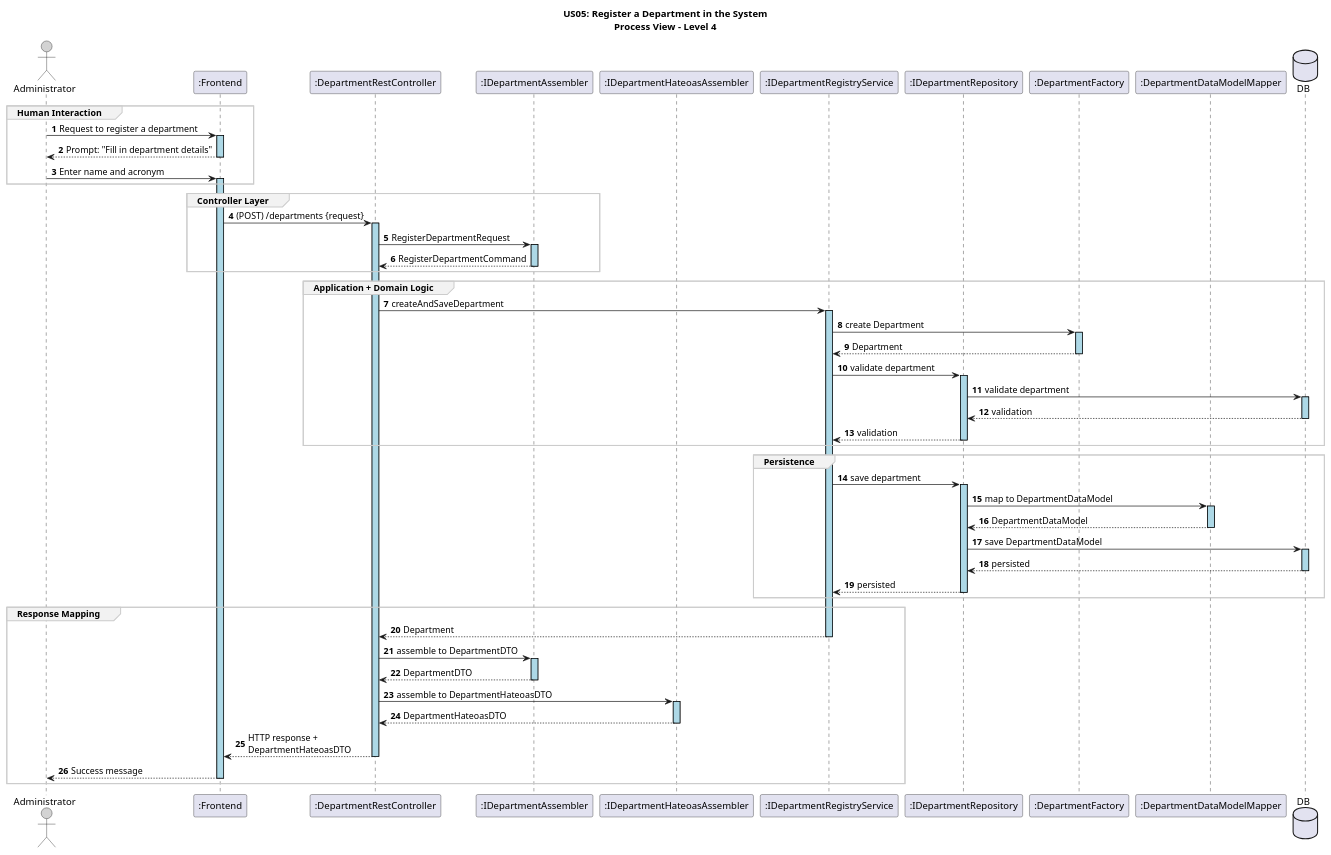
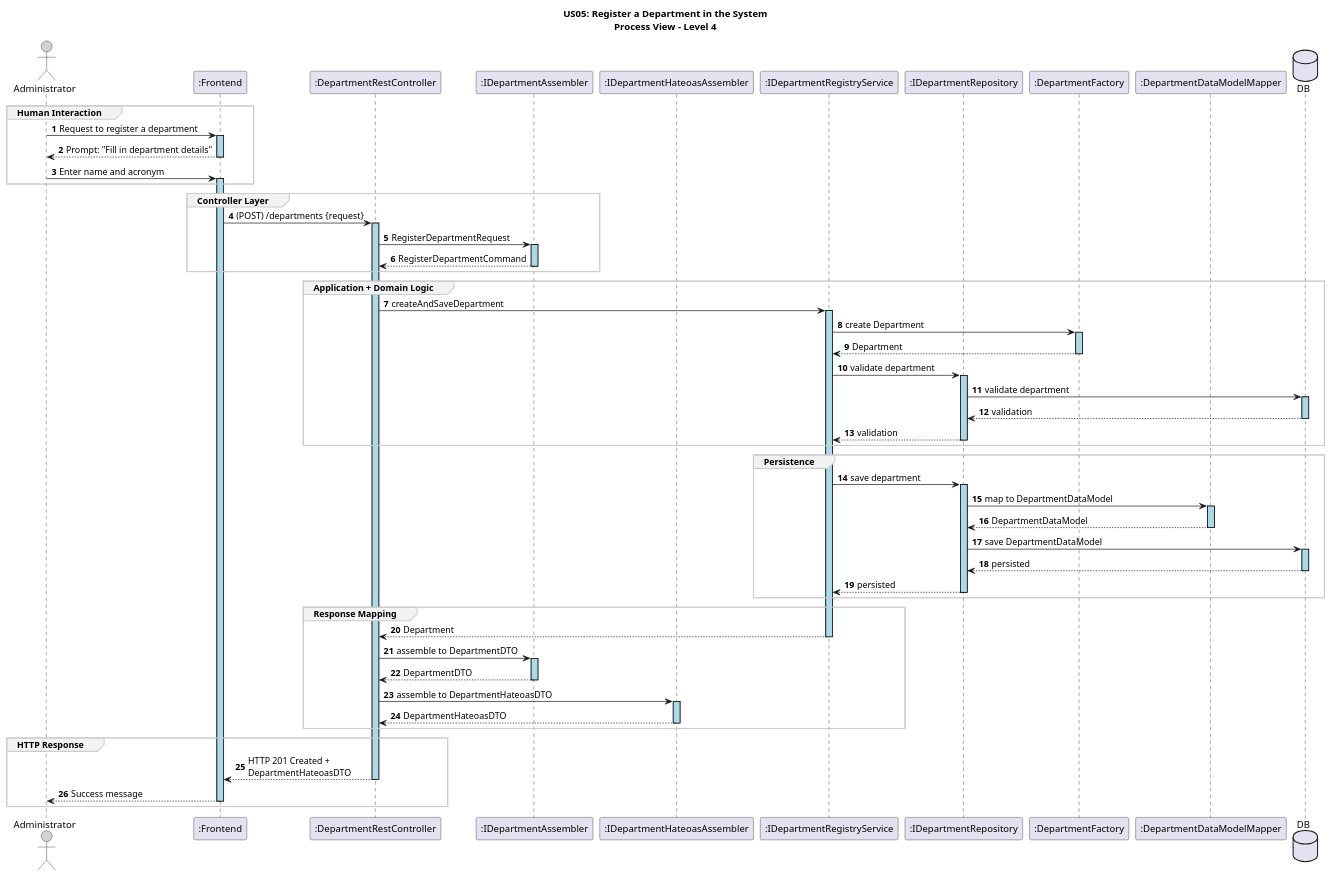
The diagram in docs/US05/sprint6_RestAPI/ProcessView/US05_RestAPI_ProcessView_Level4.puml (GasparISEP/DevOps-PAI), drawn with PlantUML before and after one commit. The commit also changed 2 other files, not shown here.

Commit message:
doc: refactor diagrams to reflect future implementation (refs #500, refs #575)

```diff
--- a/docs/US05/sprint6_RestAPI/ProcessView/US05_RestAPI_ProcessView_Level4.puml
+++ b/docs/US05/sprint6_RestAPI/ProcessView/US05_RestAPI_ProcessView_Level4.puml
@@ -1,68 +1,71 @@
 @startuml
 
 title US05: Register a Department in the System\nProcess View – Level 4
 
 autonumber
 skinparam sequence {
     LifelineBorderColor black
     LifelineBackgroundColor LightBlue
     ActorBorderColor black
     ActorBackgroundColor LightGray
     GroupBorderColor #cccccc
     GroupBackgroundColor #f2f2f2
 }
 
 actor "Administrator" as ADM
 participant ":Frontend" as UI
 participant ":DepartmentRestController" as Controller
 participant ":IDepartmentAssembler" as Assembler
 participant ":IDepartmentHateoasAssembler" as HAAssembler
 participant ":IDepartmentRegistryService" as Service
 participant ":IDepartmentRepository" as Repository
 participant ":DepartmentFactory" as Factory
 participant ":DepartmentDataModelMapper" as DataModelMapper
 database "DB" as SpringDataRepo
 
 group Human Interaction
 ADM -> UI ++: Request to register a department
 UI --> ADM --: Prompt: "Fill in department details"
 ADM -> UI ++: Enter name and acronym
 end group
 
 group Controller Layer
 UI -> Controller ++: (POST) /departments {request}
 Controller -> Assembler ++: RegisterDepartmentRequest
 Assembler --> Controller --: RegisterDepartmentCommand
 end group
 
 
 group Application + Domain Logic
 Controller -> Service ++: createAndSaveDepartment
 Service -> Factory ++: create Department
 Factory --> Service --: Department
 Service -> Repository ++: validate department
 Repository -> SpringDataRepo ++: validate department
 SpringDataRepo --> Repository --: validation
 Repository --> Service --: validation
 end group
 
 group Persistence
 Service -> Repository ++: save department
 Repository -> DataModelMapper ++: map to DepartmentDataModel
 DataModelMapper --> Repository --: DepartmentDataModel
 Repository -> SpringDataRepo ++: save DepartmentDataModel
 SpringDataRepo --> Repository --: persisted
 Repository --> Service --: persisted
 end group
 
 group Response Mapping
 Service --> Controller --: Department
 Controller -> Assembler ++: assemble to DepartmentDTO
 Assembler --> Controller --: DepartmentDTO
 Controller -> HAAssembler ++: assemble to DepartmentHateoasDTO
 HAAssembler --> Controller --: DepartmentHateoasDTO
-Controller --> UI --: HTTP response + \nDepartmentHateoasDTO
+end group
+
+group HTTP Response
+Controller --> UI --: HTTP 201 Created + \nDepartmentHateoasDTO
 UI --> ADM --: Success message
 end group
 
 @enduml
```
